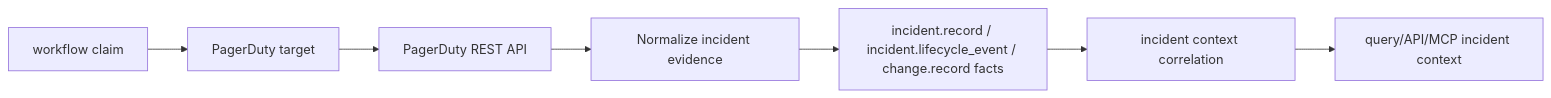
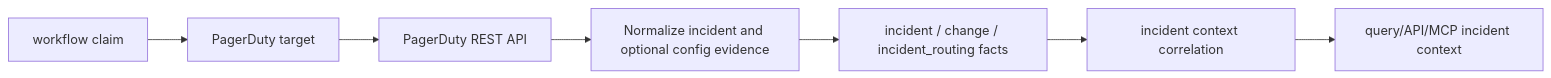
Before and after one commit to eshu-hq/eshu: the diagram in go/internal/collector/pagerduty/README.md, drawn with Mermaid. The commit also changed other lines of this file and 36 other files, not shown here.

````diff
--- a/go/internal/collector/pagerduty/README.md
+++ b/go/internal/collector/pagerduty/README.md
@@ -20,17 +23,17 @@
 ```mermaid
 flowchart LR
     Claim["workflow claim"]
     Target["PagerDuty target"]
     API["PagerDuty REST API"]
-    Normalize["Normalize incident evidence"]
-    Facts["incident.record / incident.lifecycle_event / change.record facts"]
+    Normalize["Normalize incident and optional config evidence"]
+    Facts["incident / change / incident_routing facts"]
     Reducer["incident context correlation"]
     Truth["query/API/MCP incident context"]
 
     Claim --> Target
     Target --> API
     API --> Normalize
     Normalize --> Facts
     Facts --> Reducer
     Reducer --> Truth
 ```
````
